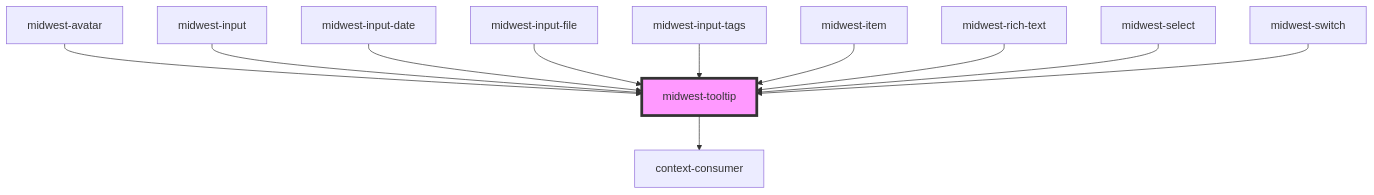
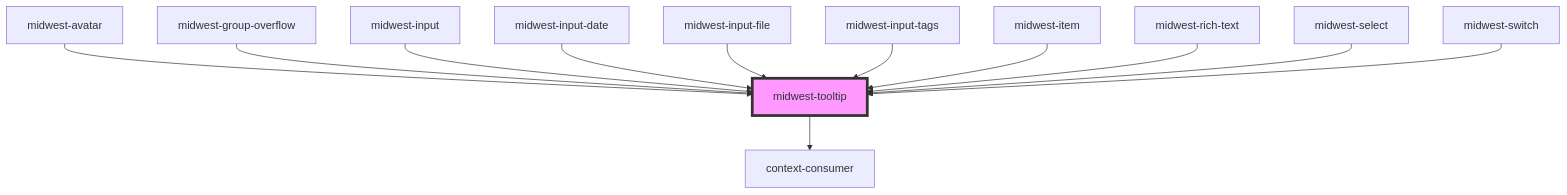
One commit to splitinfinities/Midwest changed the diagram in packages/core/docs/components/common/tooltip/readme.md. Above: the diagram before and after it, drawn with Mermaid. The commit also changed other lines of this file and 388 other files, not shown here.

````diff
--- a/packages/core/docs/components/common/tooltip/readme.md
+++ b/packages/core/docs/components/common/tooltip/readme.md
@@ -139,14 +140,15 @@
 ```mermaid
 graph TD;
   midwest-tooltip --> context-consumer
   midwest-avatar --> midwest-tooltip
+  midwest-group-overflow --> midwest-tooltip
   midwest-input --> midwest-tooltip
   midwest-input-date --> midwest-tooltip
   midwest-input-file --> midwest-tooltip
   midwest-input-tags --> midwest-tooltip
   midwest-item --> midwest-tooltip
   midwest-rich-text --> midwest-tooltip
   midwest-select --> midwest-tooltip
   midwest-switch --> midwest-tooltip
   style midwest-tooltip fill:#f9f,stroke:#333,stroke-width:4px
 ```
````
